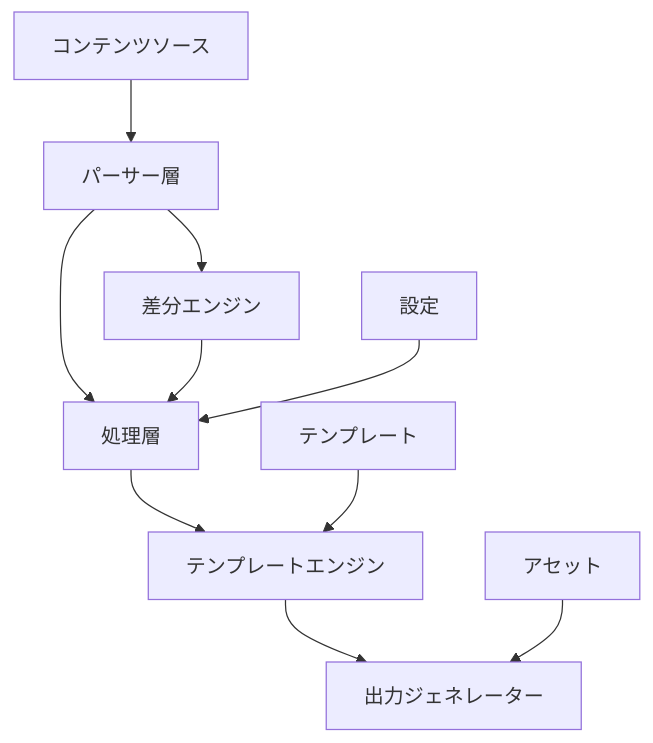
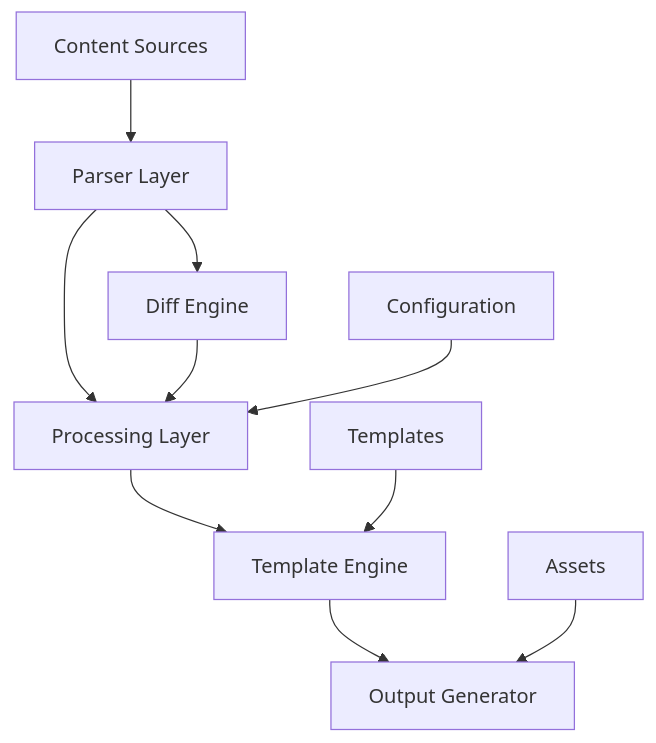
Before and after one commit to bmf-san/gohan: the diagram in docs/DESIGN_DOC.md, drawn with Mermaid. The commit also changed other lines of this file and 2 other files, not shown here.

````diff
--- a/docs/DESIGN_DOC.md
+++ b/docs/DESIGN_DOC.md
@@ -253,14 +253,14 @@
 ```mermaid
 graph TB
-    A[コンテンツソース] --> B[パーサー層]
-    B --> C[処理層]
-    C --> D[テンプレートエンジン]
-    D --> E[出力ジェネレーター]
+    A[Content Sources] --> B[Parser Layer]
+    B --> C[Processing Layer]
+    C --> D[Template Engine]
+    D --> E[Output Generator]
 
-    B --> F[差分エンジン]
+    B --> F[Diff Engine]
     F --> C
 
-    G[設定] --> C
-    H[テンプレート] --> D
-    I[アセット] --> E
+    G[Configuration] --> C
+    H[Templates] --> D
+    I[Assets] --> E
 ```
````
